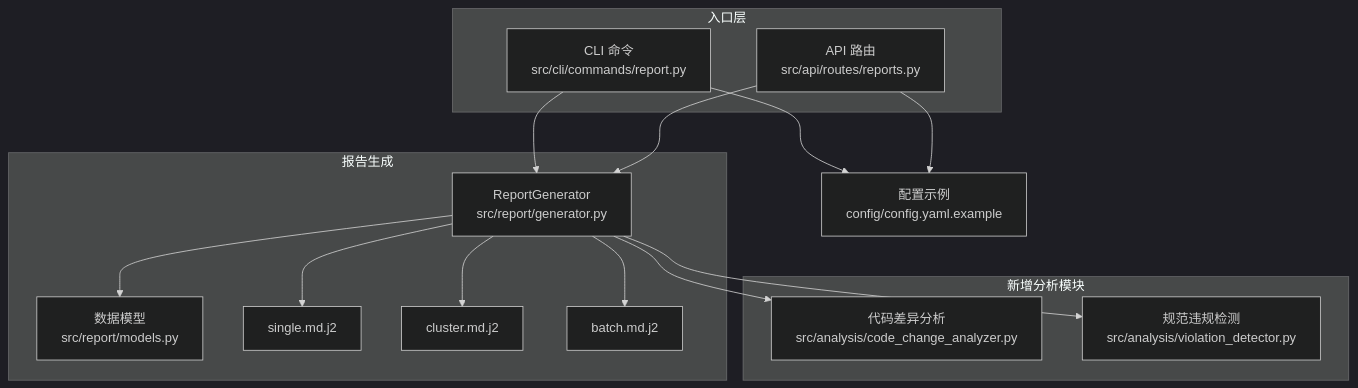
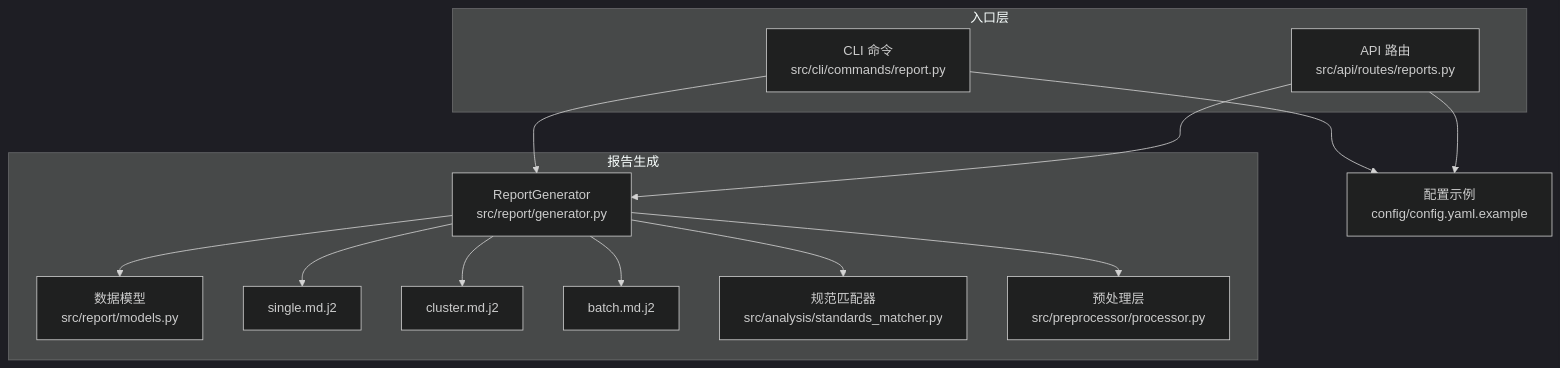
The first of 7 diagrams in .qoder/repowiki/zh/content/可视化系统/报告生成系统.md (boyingliu01/fault-review-analyzer), drawn with Mermaid (dark theme) before and after one commit. The commit also changed other lines of this file and 125 other files, not shown here.

````diff
--- a/.qoder/repowiki/zh/content/可视化系统/报告生成系统.md
+++ b/.qoder/repowiki/zh/content/可视化系统/报告生成系统.md
@@ -43,29 +43,27 @@
 ```mermaid
 graph TB
 subgraph "报告生成"
 RG["ReportGenerator<br/>src/report/generator.py"]
 RM["数据模型<br/>src/report/models.py"]
 T1["single.md.j2"]
 T2["cluster.md.j2"]
 T3["batch.md.j2"]
-end
-subgraph "新增分析模块"
-CCA["代码差异分析<br/>src/analysis/code_change_analyzer.py"]
-VD["规范违规检测<br/>src/analysis/violation_detector.py"]
+SM["规范匹配器<br/>src/analysis/standards_matcher.py"]
+PP["预处理层<br/>src/preprocessor/processor.py"]
 end
 subgraph "入口层"
 CLI["CLI 命令<br/>src/cli/commands/report.py"]
 API["API 路由<br/>src/api/routes/reports.py"]
 end
 CFG["配置示例<br/>config/config.yaml.example"]
 CLI --> RG
 API --> RG
 RG --> RM
 RG --> T1
 RG --> T2
 RG --> T3
-RG --> CCA
-RG --> VD
+RG --> SM
+RG --> PP
 CLI --> CFG
 API --> CFG
 ```
````
